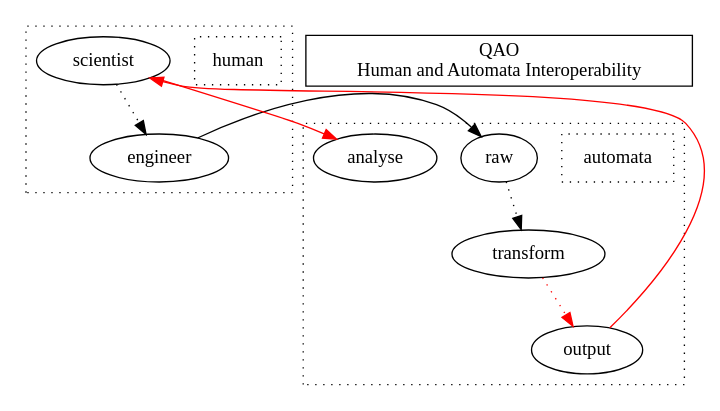
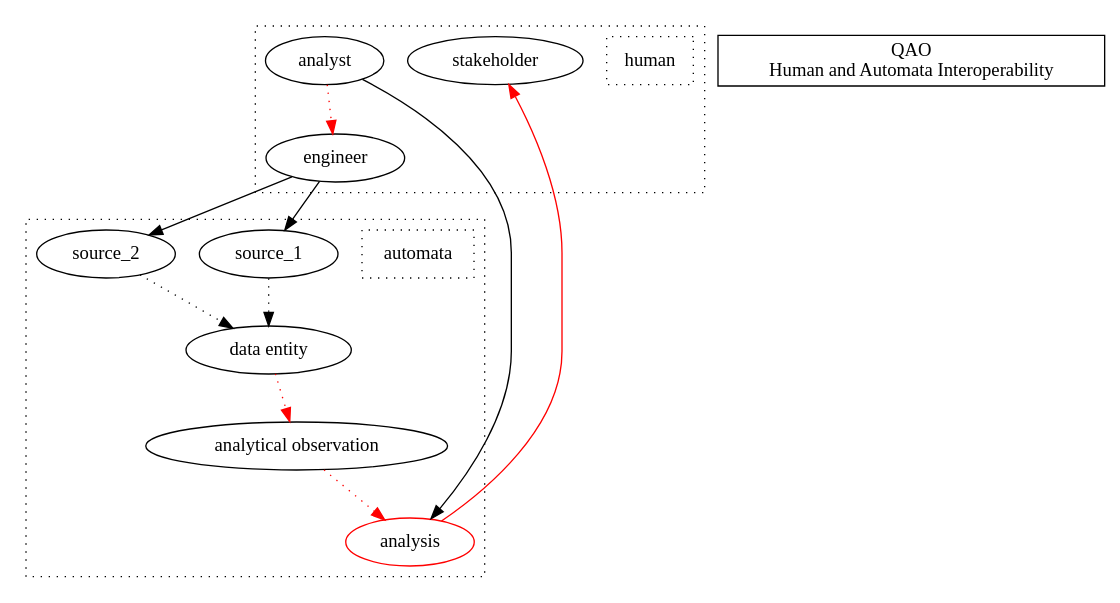
Before and after one commit to softloud/good-enough: the diagram in qao.qmd, drawn with Graphviz. The commit also changed other lines of this file and 1 other file, not shown here.

````diff
--- a/qao.qmd
+++ b/qao.qmd
@@ -164,35 +166,42 @@
 ```{dot}
 digraph G {
-
+    
   subgraph cluster_data {
     style = dotted
+
     automata [style = "dotted", shape = box]
 
-    raw -> transform [style=dotted]
-    transform -> output [color = red, style=dotted]
-    analyse
+    join [label="data entity"]
+    output [label="analytical observation"]
+    analysis [color=red]
+
+    source_1 -> join [style=dotted]
+    source_2 -> join [style=dotted]
+    join -> output [color = red, style=dotted]
+    output -> analysis [color = red, style=dotted]
 
   }
 
   subgraph cluster_human {
     style = dotted
     human [style = "dotted", shape = box]
       
     engineer
+    analyst
+    stakeholder
     
-    scientist
-    
-    scientist -> engineer [style=dotted]
+    analyst -> engineer [style=dotted, color=red]
     
   }
 
-  engineer -> raw  
-  output -> scientist [color=red]
-  scientist -> analyse [color=red]
+  engineer -> source_1  
+  engineer -> source_2
+  analyst -> analysis 
+  analysis -> stakeholder [color=red]
   
   title [shape = box, label = "QAO\nHuman and Automata Interoperability", sytle = dashed]
   
 }
 
 
 ```
````
